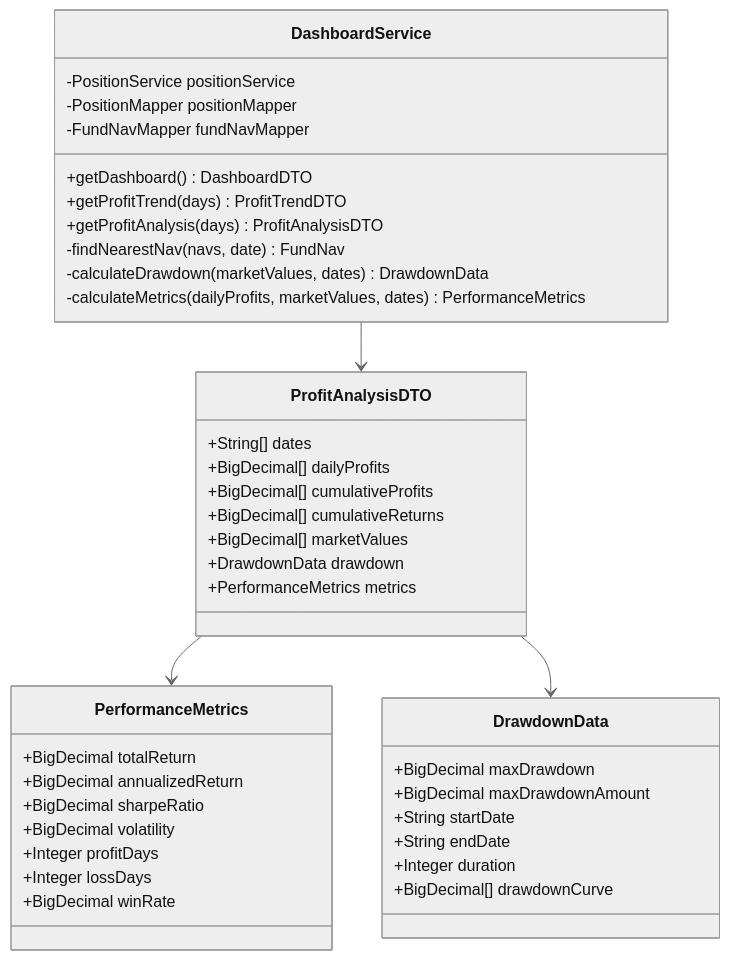
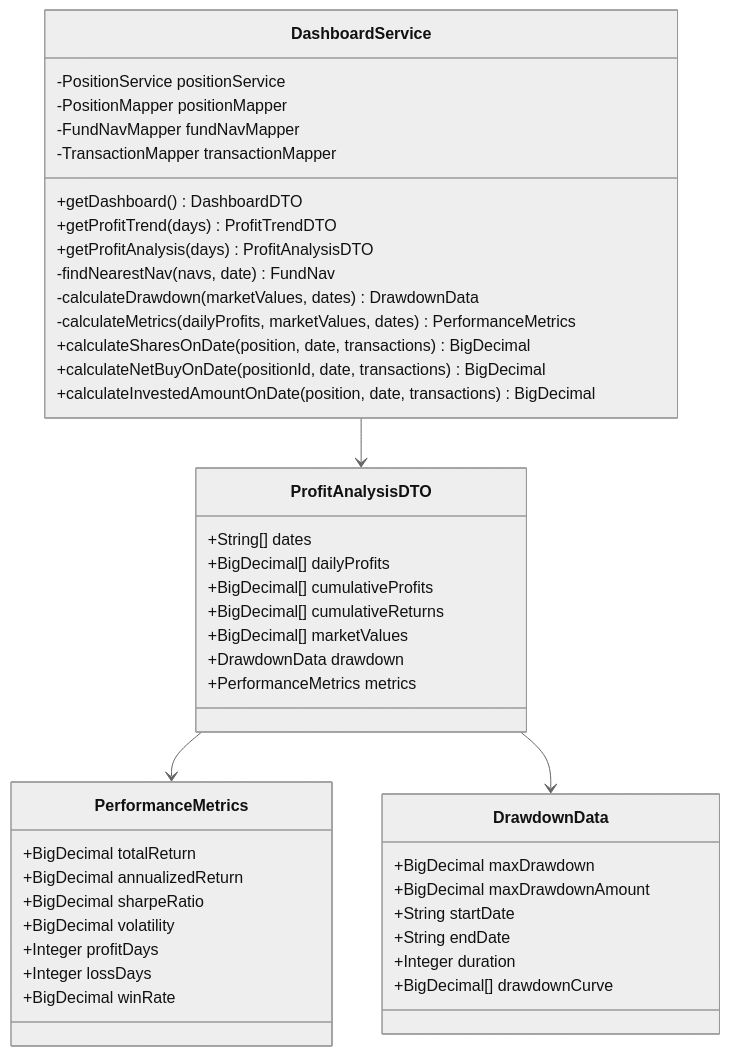
The third of 11 diagrams in .qoder/repowiki/zh/content/核心功能开发/收益分析系统.md (gree-coder/fund-butler), drawn with Mermaid (neutral theme) before and after one commit. The commit also changed other lines of this file and 7 other files, not shown here.

````diff
--- a/.qoder/repowiki/zh/content/核心功能开发/收益分析系统.md
+++ b/.qoder/repowiki/zh/content/核心功能开发/收益分析系统.md
@@ -184,43 +203,47 @@
 ```mermaid
 classDiagram
 class DashboardService {
 -PositionService positionService
 -PositionMapper positionMapper
 -FundNavMapper fundNavMapper
+-TransactionMapper transactionMapper
 +getDashboard() DashboardDTO
 +getProfitTrend(days) ProfitTrendDTO
 +getProfitAnalysis(days) ProfitAnalysisDTO
 -findNearestNav(navs, date) FundNav
 -calculateDrawdown(marketValues, dates) DrawdownData
 -calculateMetrics(dailyProfits, marketValues, dates) PerformanceMetrics
++calculateSharesOnDate(position, date, transactions) BigDecimal
++calculateNetBuyOnDate(positionId, date, transactions) BigDecimal
++calculateInvestedAmountOnDate(position, date, transactions) BigDecimal
 }
 class ProfitAnalysisDTO {
 +String[] dates
 +BigDecimal[] dailyProfits
 +BigDecimal[] cumulativeProfits
 +BigDecimal[] cumulativeReturns
 +BigDecimal[] marketValues
 +DrawdownData drawdown
 +PerformanceMetrics metrics
 }
 class PerformanceMetrics {
 +BigDecimal totalReturn
 +BigDecimal annualizedReturn
 +BigDecimal sharpeRatio
 +BigDecimal volatility
 +Integer profitDays
 +Integer lossDays
 +BigDecimal winRate
 }
 class DrawdownData {
 +BigDecimal maxDrawdown
 +BigDecimal maxDrawdownAmount
 +String startDate
 +String endDate
 +Integer duration
 +BigDecimal[] drawdownCurve
 }
 DashboardService --> ProfitAnalysisDTO
 ProfitAnalysisDTO --> PerformanceMetrics
 ProfitAnalysisDTO --> DrawdownData
 ```
````
